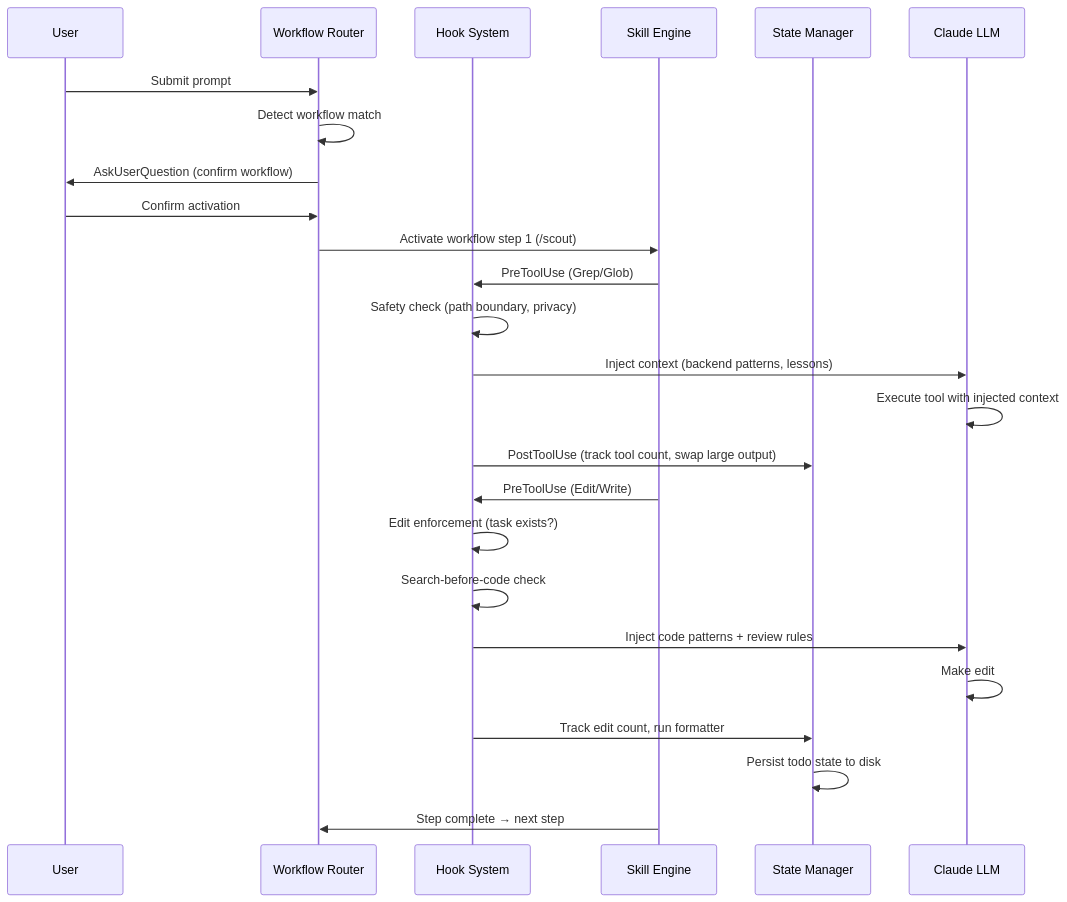
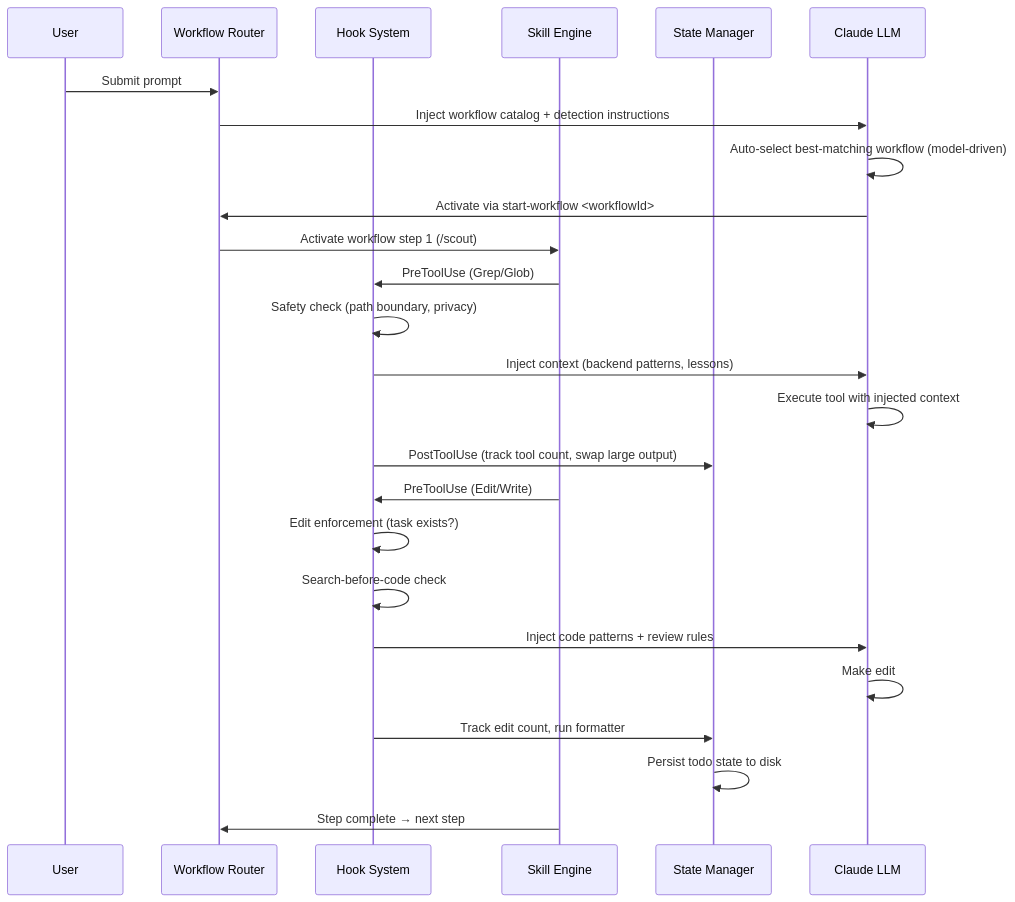
One commit to duc01226/EasyPlatform changed the second of 20 diagrams in .claude/docs/claude-ai-agent-framework-guide.md. Above: the diagram before and after it, drawn with Mermaid. The commit also changed other lines of this file and 1207 other files, not shown here.

````diff
--- a/.claude/docs/claude-ai-agent-framework-guide.md
+++ b/.claude/docs/claude-ai-agent-framework-guide.md
@@ -151,31 +161,31 @@
 ```mermaid
 sequenceDiagram
     participant User
     participant Router as Workflow Router
     participant Hook as Hook System
     participant Skill as Skill Engine
     participant State as State Manager
     participant LLM as Claude LLM
 
     User->>Router: Submit prompt
-    Router->>Router: Detect workflow match
-    Router->>User: AskUserQuestion (confirm workflow)
-    User->>Router: Confirm activation
+    Router->>LLM: Inject workflow catalog + detection instructions
+    LLM->>LLM: Auto-select best-matching workflow (model-driven)
+    LLM->>Router: Activate via start-workflow <workflowId>
 
     Router->>Skill: Activate workflow step 1 (/scout)
     Skill->>Hook: PreToolUse (Grep/Glob)
     Hook->>Hook: Safety check (path boundary, privacy)
     Hook->>LLM: Inject context (backend patterns, lessons)
     LLM->>LLM: Execute tool with injected context
     Hook->>State: PostToolUse (track tool count, swap large output)
 
     Skill->>Hook: PreToolUse (Edit/Write)
     Hook->>Hook: Edit enforcement (task exists?)
     Hook->>Hook: Search-before-code check
     Hook->>LLM: Inject code patterns + review rules
     LLM->>LLM: Make edit
     Hook->>State: Track edit count, run formatter
 
     State->>State: Persist todo state to disk
     Skill->>Router: Step complete → next step
 ```
````
